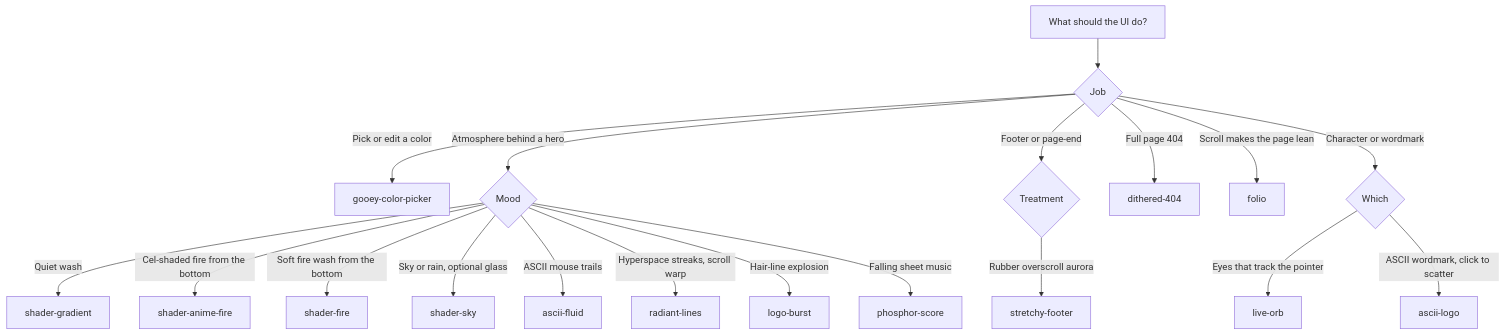
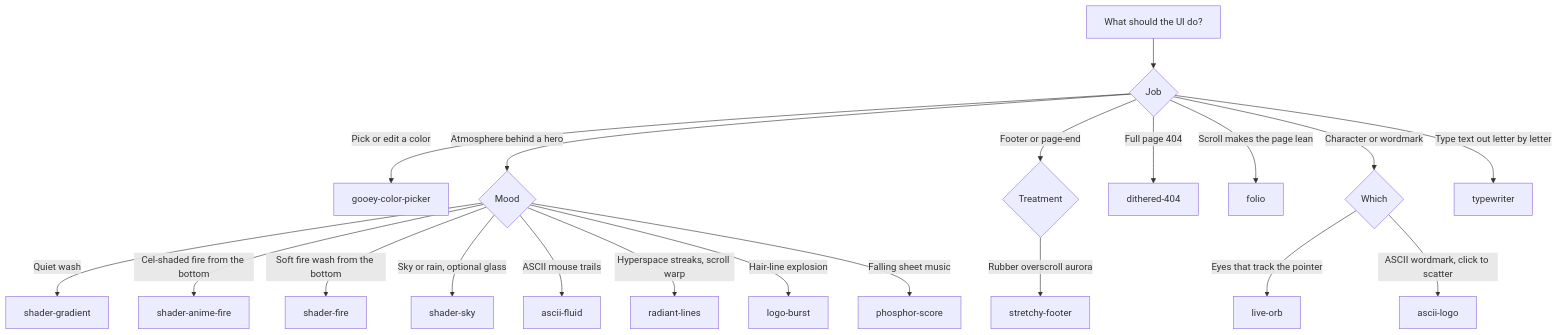
The diagram in skills/23rd/SKILL.md (radiumcoders/23rd.dev), drawn with Mermaid before and after one commit. The commit also changed other lines of this file and 21 other files, not shown here.

````diff
--- a/skills/23rd/SKILL.md
+++ b/skills/23rd/SKILL.md
@@ -84,22 +84,23 @@
 ```mermaid
 flowchart TD
   start[What should the UI do?]
   start --> pick{Job}
   pick -->|Pick or edit a color| gooey[gooey-color-picker]
   pick -->|Atmosphere behind a hero| atmo{Mood}
   pick -->|Footer or page-end| foot{Treatment}
   pick -->|Full page 404| d404[dithered-404]
   pick -->|Scroll makes the page lean| folio[folio]
   pick -->|Character or wordmark| mark{Which}
+  pick -->|Type text out letter by letter| tw[typewriter]
   atmo -->|Quiet wash| sg[shader-gradient]
   atmo -->|Cel-shaded fire from the bottom| saf[shader-anime-fire]
   atmo -->|Soft fire wash from the bottom| sf[shader-fire]
   atmo -->|Sky or rain, optional glass| ss[shader-sky]
   atmo -->|ASCII mouse trails| af[ascii-fluid]
   atmo -->|Hyperspace streaks, scroll warp| rl[radiant-lines]
   atmo -->|Hair-line explosion| lb[logo-burst]
   atmo -->|Falling sheet music| ps[phosphor-score]
   foot -->|Rubber overscroll aurora| st[stretchy-footer]
   mark -->|Eyes that track the pointer| orb[live-orb]
   mark -->|ASCII wordmark, click to scatter| al[ascii-logo]
 ```
````
